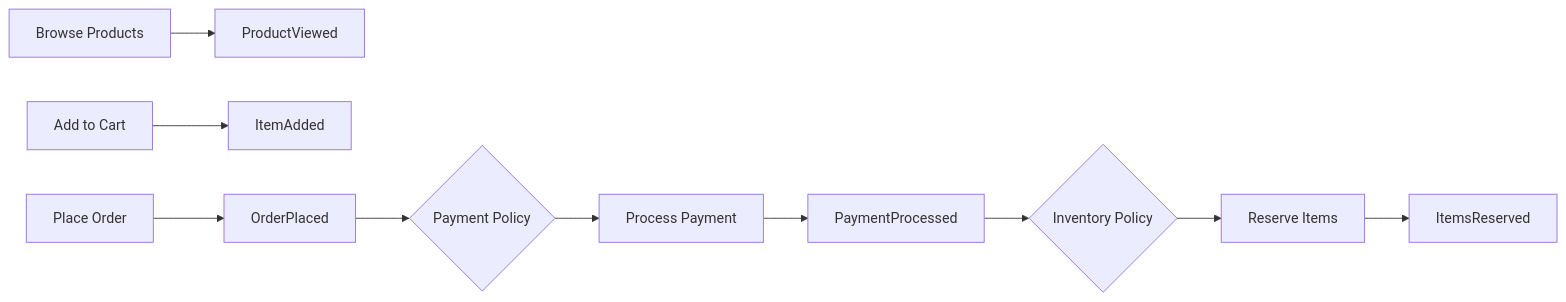
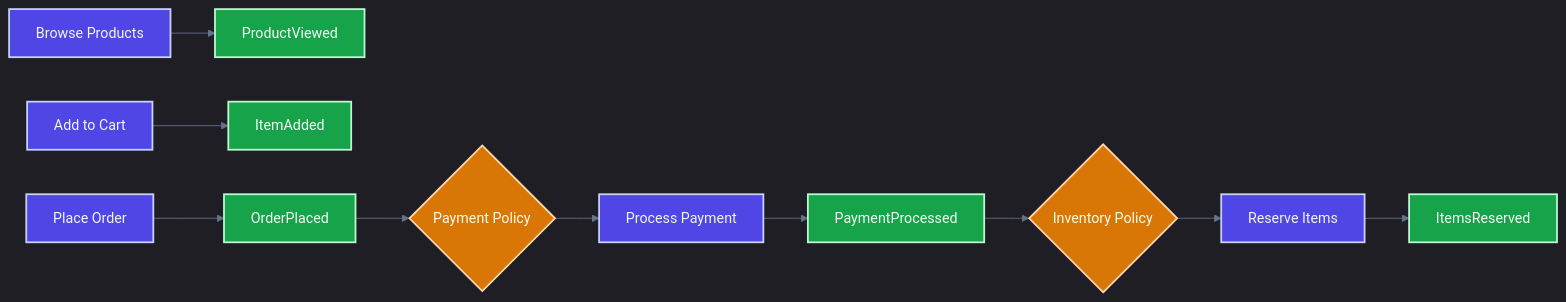
One commit to TheCowboyAI/cim-start changed the second of 2 diagrams in .claude/agents/event-storming-expert.md. Above: the diagram before and after it, drawn with Mermaid. The commit also changed other lines of this file and 33 other files, not shown here.

````diff
--- a/.claude/agents/event-storming-expert.md
+++ b/.claude/agents/event-storming-expert.md
@@ -405,12 +410,21 @@
 ```mermaid
+%%{init: {"theme":"dark","themeVariables":{"primaryColor":"#4f46e5","primaryTextColor":"#f8fafc","primaryBorderColor":"#6366f1","lineColor":"#64748b","secondaryColor":"#1e293b","tertiaryColor":"#0f172a","background":"#0f172a","mainBkg":"#1e293b","secondBkg":"#334155","tertiaryBkg":"#475569"}}}%%
 graph LR
     C1[Browse Products] --> E1[ProductViewed]
     C2[Add to Cart] --> E2[ItemAdded]
     C3[Place Order] --> E3[OrderPlaced]
     E3 --> P1{Payment Policy}
     P1 --> C4[Process Payment]
     C4 --> E4[PaymentProcessed]
     E4 --> P2{Inventory Policy}
     P2 --> C5[Reserve Items]
     C5 --> E5[ItemsReserved]
+    
+    classDef commandNode fill:#4f46e5,stroke:#c7d2fe,stroke-width:2px,color:#f1f5f9
+    classDef eventNode fill:#16a34a,stroke:#bbf7d0,stroke-width:2px,color:#f0fdf4
+    classDef policyNode fill:#d97706,stroke:#fed7aa,stroke-width:2px,color:#fffbeb
+    
+    class C1,C2,C3,C4,C5 commandNode
+    class E1,E2,E3,E4,E5 eventNode
+    class P1,P2 policyNode
 ```
````
